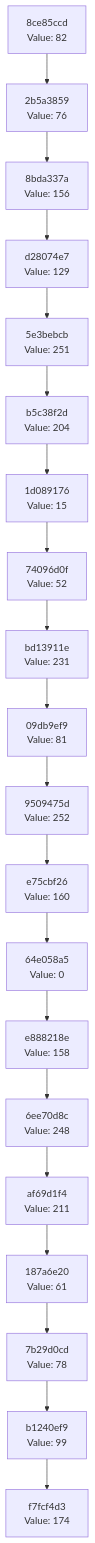
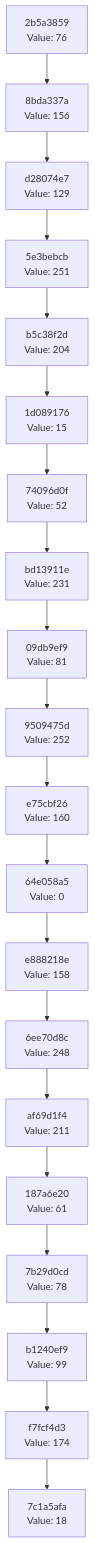
One commit to Abhisheksinha1506/hash-chain-evolver changed the diagram in docs/CHAIN_VISUALIZATION.md. Above: the diagram before and after it, drawn with Mermaid. The commit also changed 2 other files, not shown here.

Commit message:
Evolution step: hash 0x12 → action executed

````diff
--- a/docs/CHAIN_VISUALIZATION.md
+++ b/docs/CHAIN_VISUALIZATION.md
@@ -3,42 +3,42 @@
 ```mermaid
 graph TD
-    C0["f7fcf4d3<br/>Value: 174"]
-    C1["b1240ef9<br/>Value: 99"]
+    C0["7c1a5afa<br/>Value: 18"]
+    C1["f7fcf4d3<br/>Value: 174"]
     C1 --> C0
-    C2["7b29d0cd<br/>Value: 78"]
+    C2["b1240ef9<br/>Value: 99"]
     C2 --> C1
-    C3["187a6e20<br/>Value: 61"]
+    C3["7b29d0cd<br/>Value: 78"]
     C3 --> C2
-    C4["af69d1f4<br/>Value: 211"]
+    C4["187a6e20<br/>Value: 61"]
     C4 --> C3
-    C5["6ee70d8c<br/>Value: 248"]
+    C5["af69d1f4<br/>Value: 211"]
     C5 --> C4
-    C6["e888218e<br/>Value: 158"]
+    C6["6ee70d8c<br/>Value: 248"]
     C6 --> C5
-    C7["64e058a5<br/>Value: 0"]
+    C7["e888218e<br/>Value: 158"]
     C7 --> C6
-    C8["e75cbf26<br/>Value: 160"]
+    C8["64e058a5<br/>Value: 0"]
     C8 --> C7
-    C9["9509475d<br/>Value: 252"]
+    C9["e75cbf26<br/>Value: 160"]
     C9 --> C8
-    C10["09db9ef9<br/>Value: 81"]
+    C10["9509475d<br/>Value: 252"]
     C10 --> C9
-    C11["bd13911e<br/>Value: 231"]
+    C11["09db9ef9<br/>Value: 81"]
     C11 --> C10
-    C12["74096d0f<br/>Value: 52"]
+    C12["bd13911e<br/>Value: 231"]
     C12 --> C11
-    C13["1d089176<br/>Value: 15"]
+    C13["74096d0f<br/>Value: 52"]
     C13 --> C12
-    C14["b5c38f2d<br/>Value: 204"]
+    C14["1d089176<br/>Value: 15"]
     C14 --> C13
-    C15["5e3bebcb<br/>Value: 251"]
+    C15["b5c38f2d<br/>Value: 204"]
     C15 --> C14
-    C16["d28074e7<br/>Value: 129"]
+    C16["5e3bebcb<br/>Value: 251"]
     C16 --> C15
-    C17["8bda337a<br/>Value: 156"]
+    C17["d28074e7<br/>Value: 129"]
     C17 --> C16
-    C18["2b5a3859<br/>Value: 76"]
+    C18["8bda337a<br/>Value: 156"]
     C18 --> C17
-    C19["8ce85ccd<br/>Value: 82"]
+    C19["2b5a3859<br/>Value: 76"]
     C19 --> C18
 ```
````
